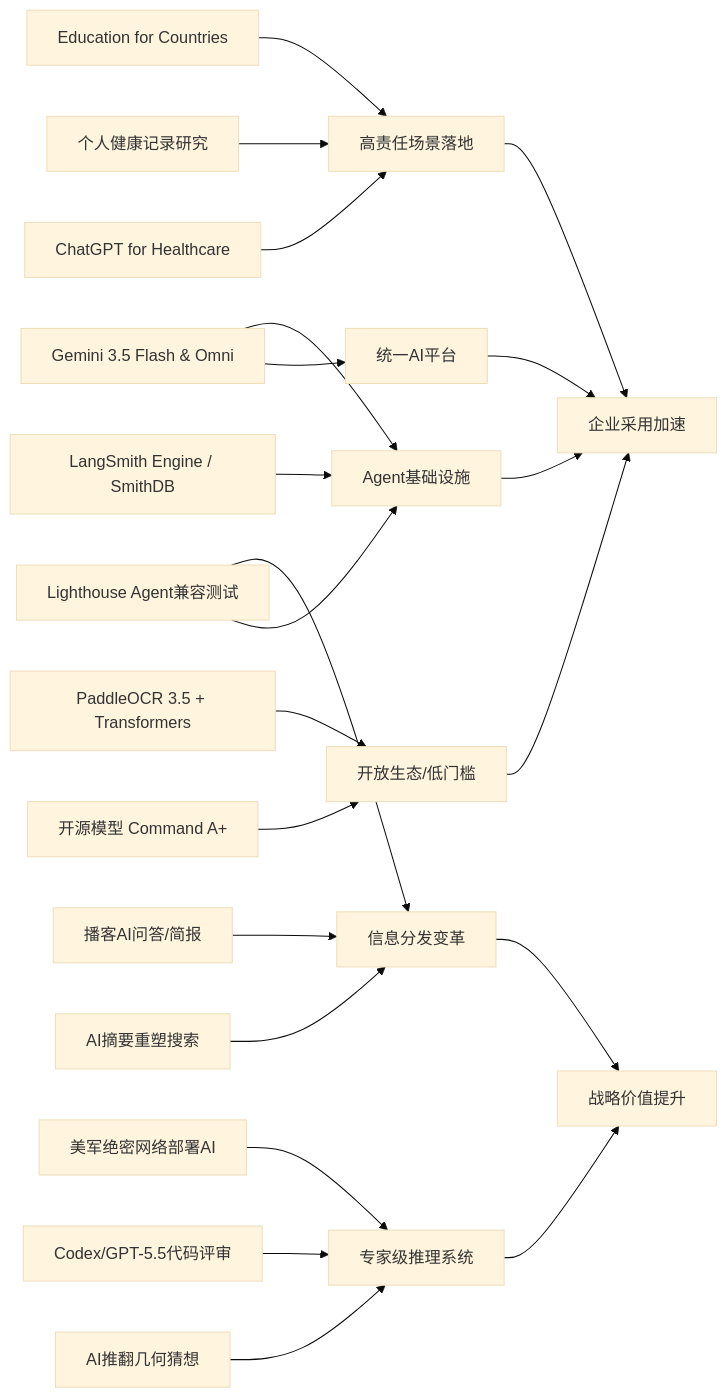
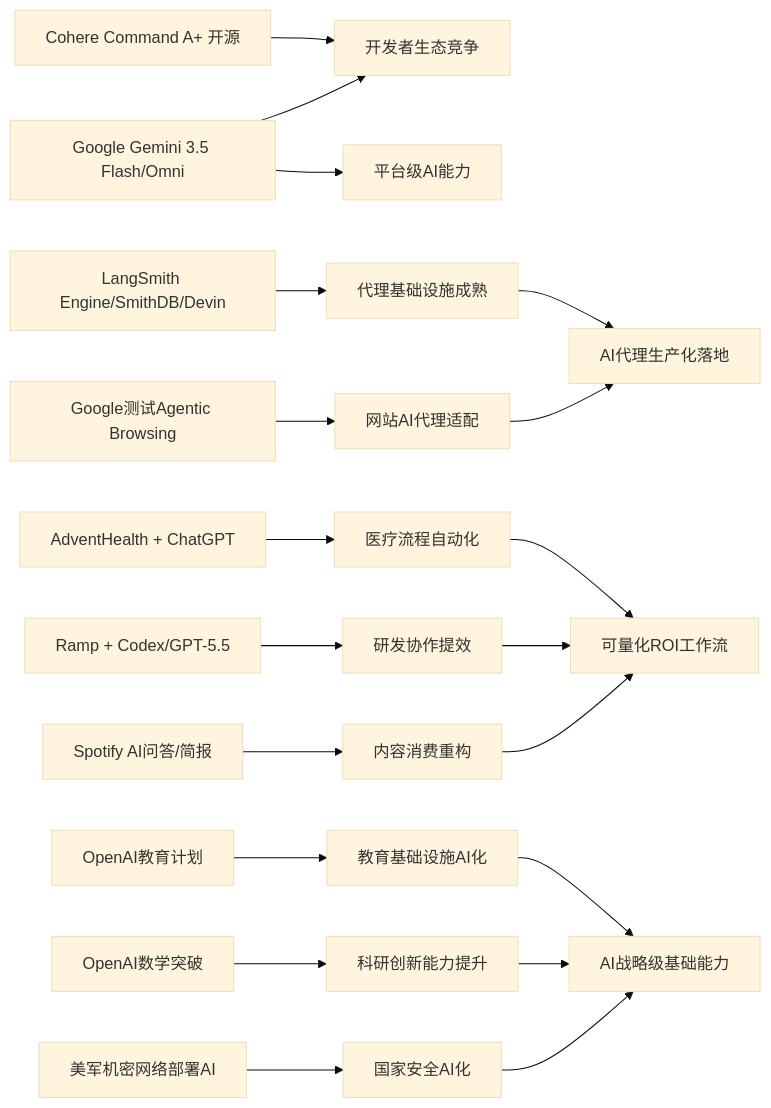
Before and after one commit to zhuxinfei/ai-daily-site: the diagram in content/cn/2026/2026-05/2026-05-22.md, drawn with Mermaid (base theme). The commit also changed other lines of this file, not shown here.

````diff
--- a/content/cn/2026/2026-05/2026-05-22.md
+++ b/content/cn/2026/2026-05/2026-05-22.md
@@ -110,29 +110,25 @@
 ```mermaid
 graph LR
-    Cohere[开源模型 Command A+] --> OpenEcosystem[开放生态/低门槛]
-    GoogleGemini[Gemini 3.5 Flash & Omni] --> AgentPlatform[统一AI平台]
-    PaddleOCR[PaddleOCR 3.5 + Transformers] --> OpenEcosystem
+    A[Cohere Command A+ 开源] --> B[开发者生态竞争]
+    C[Google Gemini 3.5 Flash/Omni] --> B
+    C --> D[平台级AI能力]
+    
+    E[LangSmith Engine/SmithDB/Devin] --> F[代理基础设施成熟]
+    G[Google测试Agentic Browsing] --> H[网站AI代理适配]
+    F --> I[AI代理生产化落地]
+    H --> I
 
-    LangSmith[LangSmith Engine / SmithDB] --> AgentInfra[Agent基础设施]
-    GoogleLighthouse[Lighthouse Agent兼容测试] --> AgentInfra
-    GoogleGemini --> AgentInfra
+    J[AdventHealth + ChatGPT] --> K[医疗流程自动化]
+    L[Ramp + Codex/GPT-5.5] --> M[研发协作提效]
+    N[Spotify AI问答/简报] --> O[内容消费重构]
+    K --> P[可量化ROI工作流]
+    M --> P
+    O --> P
 
-    AdventHealth[ChatGPT for Healthcare] --> RegulatedAI[高责任场景落地]
-    HealthRecord[个人健康记录研究] --> RegulatedAI
-    OpenAIEdu[Education for Countries] --> RegulatedAI
-
-    OpenAIMath[AI推翻几何猜想] --> Reasoning[专家级推理系统]
-    Ramp[Codex/GPT-5.5代码评审] --> Reasoning
-    USCyber[美军绝密网络部署AI] --> Reasoning
-
-    SearchShift[AI摘要重塑搜索] --> Distribution[信息分发变革]
-    Spotify[播客AI问答/简报] --> Distribution
-    GoogleLighthouse --> Distribution
-
-    OpenEcosystem --> EnterpriseAdoption[企业采用加速]
-    AgentPlatform --> EnterpriseAdoption
-    AgentInfra --> EnterpriseAdoption
-    RegulatedAI --> EnterpriseAdoption
-    Reasoning --> StrategicValue[战略价值提升]
-    Distribution --> StrategicValue
+    Q[OpenAI教育计划] --> R[教育基础设施AI化]
+    S[OpenAI数学突破] --> T[科研创新能力提升]
+    U[美军机密网络部署AI] --> V[国家安全AI化]
+    R --> W[AI战略级基础能力]
+    T --> W
+    V --> W
 ```
````
